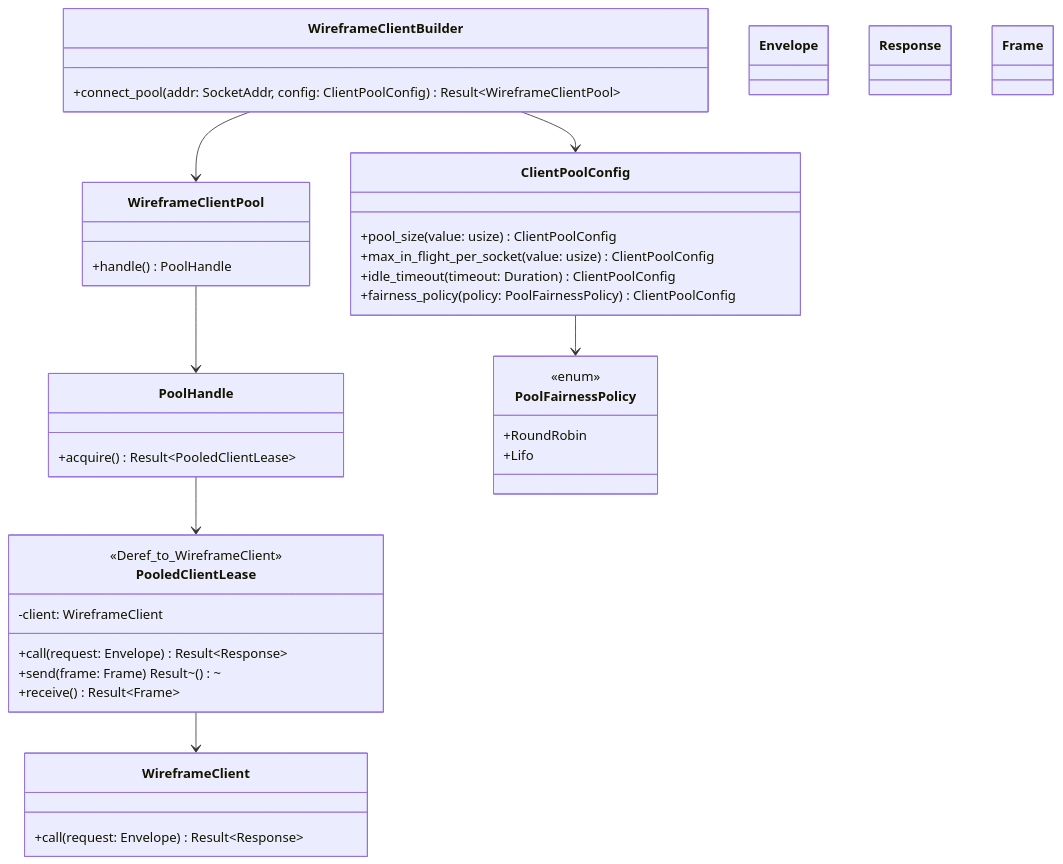
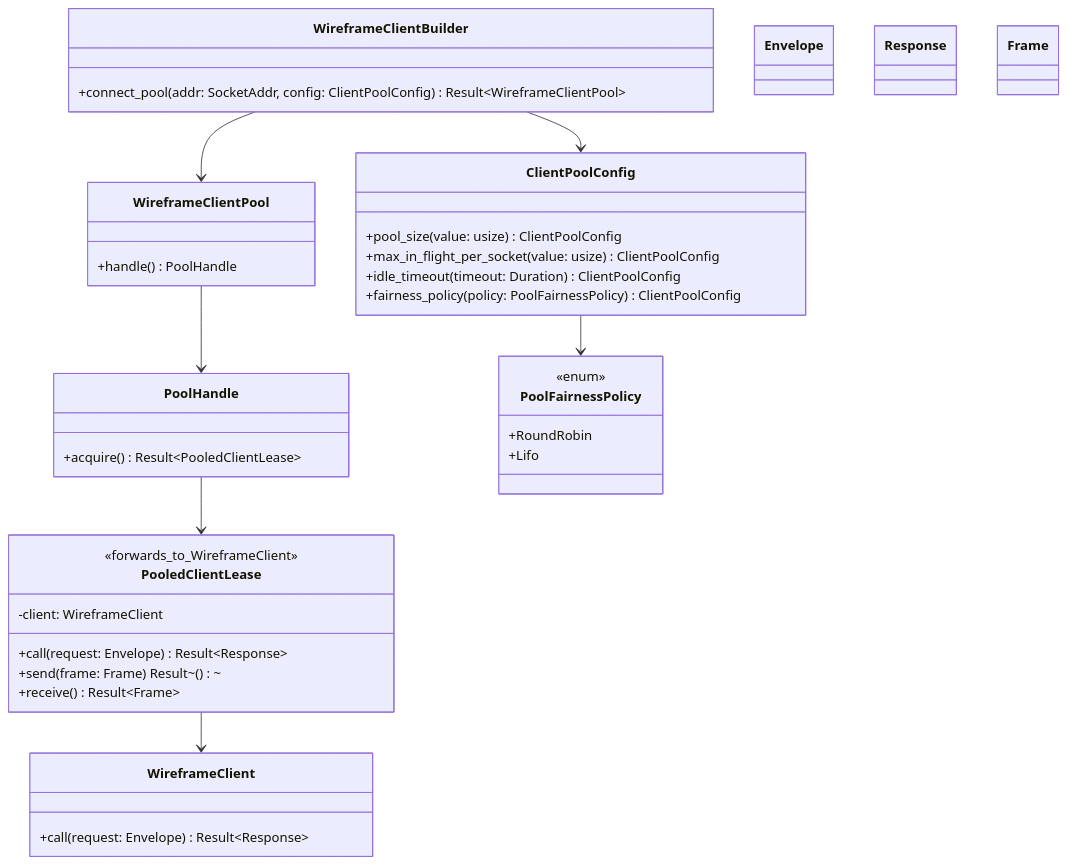
Before and after one commit to leynos/mxd: the fifth of 6 diagrams in docs/wireframe-v0-2-0-to-v0-3-0-migration-guide.md, drawn with Mermaid. The commit also changed other lines of this file, not shown here.

````diff
--- a/docs/wireframe-v0-2-0-to-v0-3-0-migration-guide.md
+++ b/docs/wireframe-v0-2-0-to-v0-3-0-migration-guide.md
@@ -1030,58 +1030,58 @@
 ```mermaid
 classDiagram
     class WireframeClientBuilder {
         +connect_pool(addr: SocketAddr, config: ClientPoolConfig) Result~WireframeClientPool~
     }
 
     class WireframeClientPool {
         +handle() PoolHandle
     }
 
     class PoolHandle {
         +acquire() Result~PooledClientLease~
     }
 
     class PooledClientLease {
-        <<Deref_to_WireframeClient>>
+        <<forwards_to_WireframeClient>>
         -client: WireframeClient
         +call(request: Envelope) Result~Response~
         +send(frame: Frame) Result~()~
         +receive() Result~Frame~
     }
 
     class ClientPoolConfig {
         +pool_size(value: usize) ClientPoolConfig
         +max_in_flight_per_socket(value: usize) ClientPoolConfig
         +idle_timeout(timeout: Duration) ClientPoolConfig
         +fairness_policy(policy: PoolFairnessPolicy) ClientPoolConfig
     }
 
     class PoolFairnessPolicy {
         <<enum>>
         +RoundRobin
         +Lifo
     }
 
     class WireframeClient {
         +call(request: Envelope) Result~Response~
     }
 
     class Envelope {
     }
 
     class Response {
     }
 
     class Frame {
     }
 
     WireframeClientBuilder --> ClientPoolConfig
     WireframeClientBuilder --> WireframeClientPool
 
     WireframeClientPool --> PoolHandle
     PoolHandle --> PooledClientLease
 
     PooledClientLease --> WireframeClient
 
     ClientPoolConfig --> PoolFairnessPolicy
 ```
````
